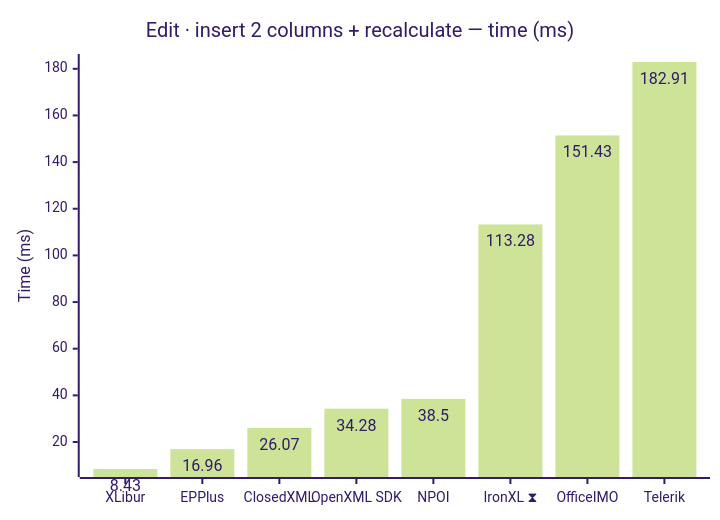
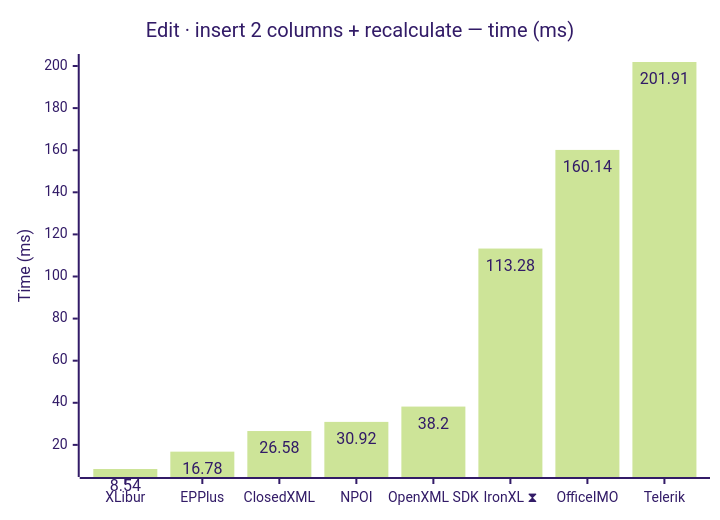
Diagram 13 of 18 in docs/results.md (jafin/XLBench), drawn with Mermaid (forest theme) before and after one commit. The commit also changed other lines of this file and 2 other files, not shown here.

Commit message:
Publish full-fidelity results for OfficeIMO 3.5.3, Telerik 2026.3.1027, XLibur 0.730.0

````diff
--- a/docs/results.md
+++ b/docs/results.md
@@ -172,12 +198,12 @@
 ```mermaid
 ---
 config:
   xyChart:
     showDataLabel: true
 ---
 xychart-beta
     title "Edit · insert 2 columns + recalculate — time (ms)"
-    x-axis ["XLibur", "EPPlus", "ClosedXML", "OpenXML SDK", "NPOI", "IronXL ⧗", "OfficeIMO", "Telerik"]
+    x-axis ["XLibur", "EPPlus", "ClosedXML", "NPOI", "OpenXML SDK", "IronXL ⧗", "OfficeIMO", "Telerik"]
     y-axis "Time (ms)"
-    bar [8.43, 16.96, 26.07, 34.28, 38.5, 113.28, 151.43, 182.91]
+    bar [8.54, 16.78, 26.58, 30.92, 38.2, 113.28, 160.14, 201.91]
 ```
````
